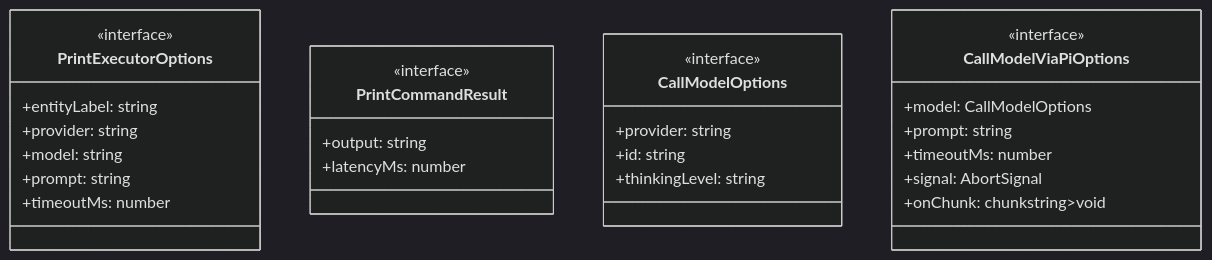
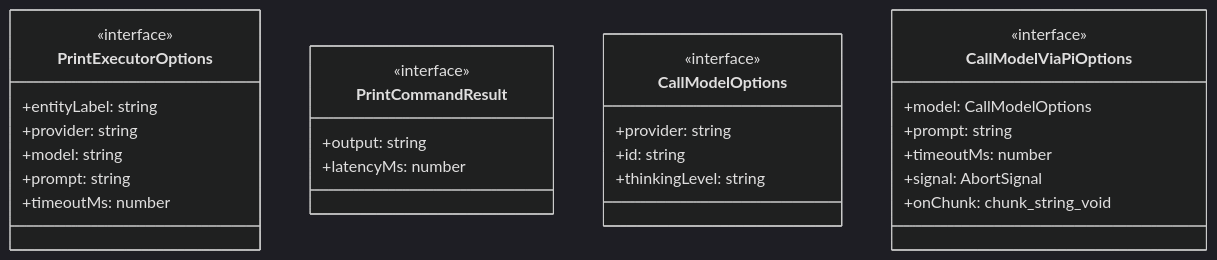
One commit to Mekann2904/mekann changed the first of 3 diagrams in ABDD/.pi/extensions/shared/pi-print-executor.md. Above: the diagram before and after it, drawn with Mermaid (dark theme). The commit also changed other lines of this file and 174 other files, not shown here.

First line of the commit message:
fix(docs): ABDDのMermaid図生成エラーを修正する

````diff
--- a/ABDD/.pi/extensions/shared/pi-print-executor.md
+++ b/ABDD/.pi/extensions/shared/pi-print-executor.md
@@ -37,30 +37,30 @@
 ```mermaid
 classDiagram
   class PrintExecutorOptions {
     <<interface>>
     +entityLabel: string
     +provider: string
     +model: string
     +prompt: string
     +timeoutMs: number
   }
   class PrintCommandResult {
     <<interface>>
     +output: string
     +latencyMs: number
   }
   class CallModelOptions {
     <<interface>>
     +provider: string
     +id: string
     +thinkingLevel: string
   }
   class CallModelViaPiOptions {
     <<interface>>
     +model: CallModelOptions
     +prompt: string
     +timeoutMs: number
     +signal: AbortSignal
-    +onChunk: chunkstring>void
+    +onChunk: chunk_string_void
   }
 ```
````
